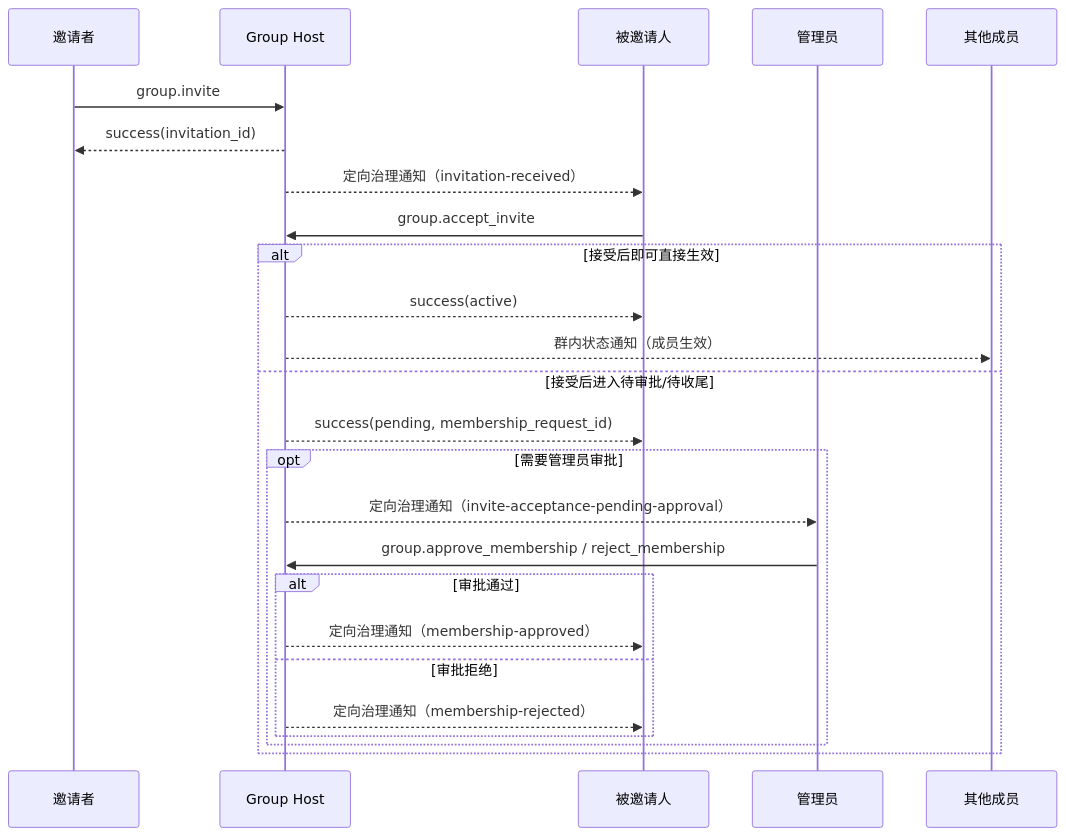
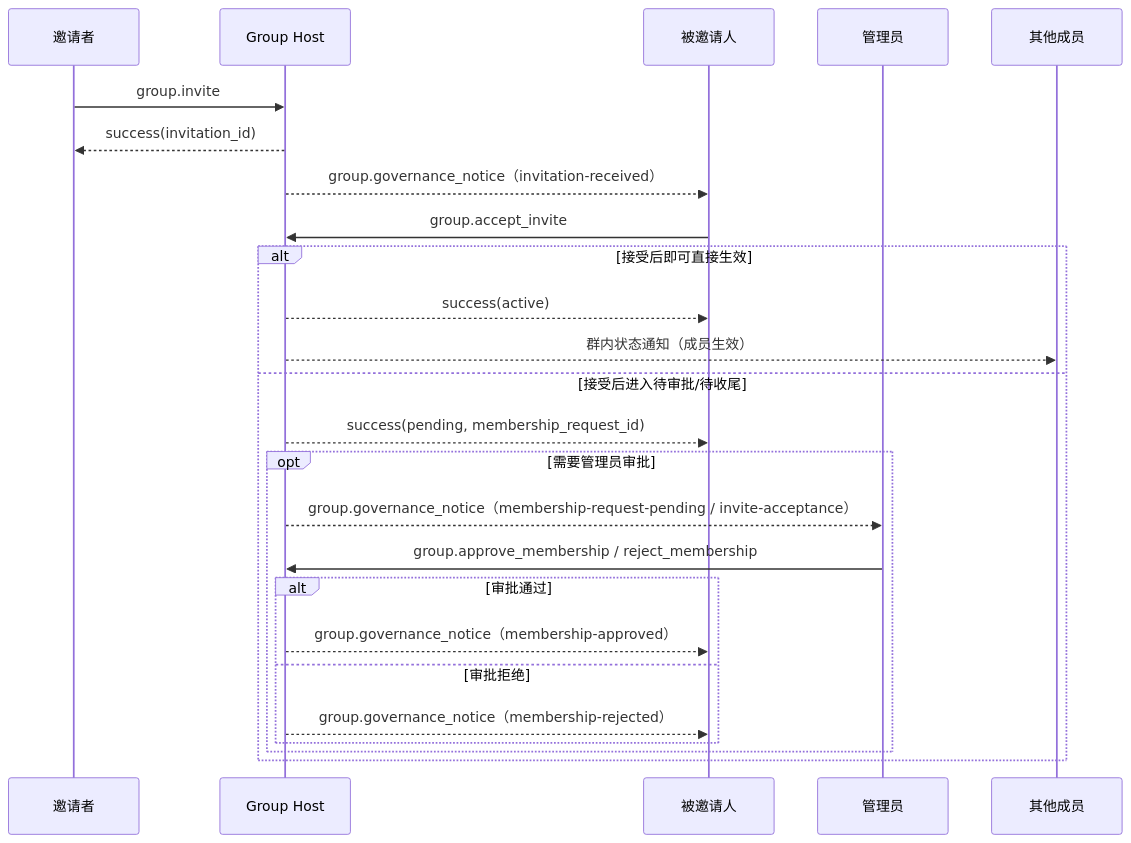
The third of 7 diagrams in chinese/message/04-群组基础语义.md (NeatNerdPrime/AgentNetworkProtocol), drawn with Mermaid before and after one commit. The commit also changed other lines of this file, not shown here.

Commit message:
update group base

````diff
--- a/chinese/message/04-群组基础语义.md
+++ b/chinese/message/04-群组基础语义.md
@@ -1239,29 +1259,29 @@
 ```mermaid
 sequenceDiagram
     participant Inviter as 邀请者
     participant Host as Group Host
     participant Invitee as 被邀请人
     participant Admin as 管理员
     participant Members as 其他成员
 
     Inviter->>Host: group.invite
     Host-->>Inviter: success(invitation_id)
-    Host-->>Invitee: 定向治理通知（invitation-received）
+    Host-->>Invitee: group.governance_notice（invitation-received）
 
     Invitee->>Host: group.accept_invite
     alt 接受后即可直接生效
         Host-->>Invitee: success(active)
         Host-->>Members: 群内状态通知（成员生效）
     else 接受后进入待审批/待收尾
         Host-->>Invitee: success(pending, membership_request_id)
         opt 需要管理员审批
-            Host-->>Admin: 定向治理通知（invite-acceptance-pending-approval）
+            Host-->>Admin: group.governance_notice（membership-request-pending / invite-acceptance）
             Admin->>Host: group.approve_membership / reject_membership
             alt 审批通过
-                Host-->>Invitee: 定向治理通知（membership-approved）
+                Host-->>Invitee: group.governance_notice（membership-approved）
             else 审批拒绝
-                Host-->>Invitee: 定向治理通知（membership-rejected）
+                Host-->>Invitee: group.governance_notice（membership-rejected）
             end
         end
     end
 ```
````
